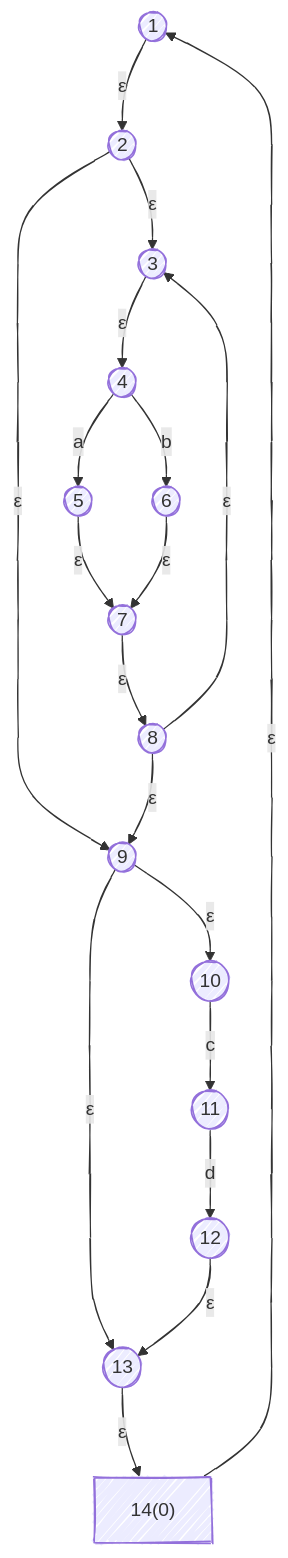
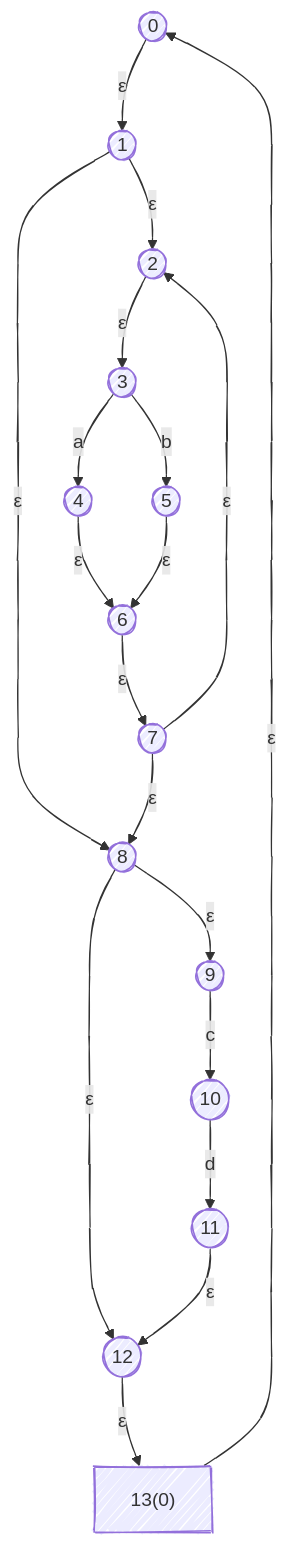
The diagram in src/lib/tests/__snapshot__/nfa_simple_regex.md (moonbitlang/moonlex-old), drawn with Mermaid before and after one commit. The commit also changed 21 other files, not shown here.

````diff
--- a/src/lib/tests/__snapshot__/nfa_simple_regex.md
+++ b/src/lib/tests/__snapshot__/nfa_simple_regex.md
@@ -1,39 +1,39 @@
 ```mermaid
 ---
   config:
     look: handDrawn
 ---
 graph TD
+0-->|"ε"|1
 1-->|"ε"|2
+1-->|"ε"|8
 2-->|"ε"|3
-2-->|"ε"|9
-3-->|"ε"|4
-4-->|"a"|5
-4-->|"b"|6
-5-->|"ε"|7
+3-->|"a"|4
+3-->|"b"|5
+4-->|"ε"|6
+5-->|"ε"|6
 6-->|"ε"|7
+7-->|"ε"|2
 7-->|"ε"|8
-8-->|"ε"|3
 8-->|"ε"|9
-9-->|"ε"|10
-9-->|"ε"|13
-10-->|"c"|11
-11-->|"d"|12
+8-->|"ε"|12
+9-->|"c"|10
+10-->|"d"|11
+11-->|"ε"|12
 12-->|"ε"|13
-13-->|"ε"|14
-14-->|"ε"|1
+13-->|"ε"|0
+0((0))
 1((1))
 2((2))
 3((3))
 4((4))
 5((5))
 6((6))
 7((7))
 8((8))
 9((9))
 10((10))
 11((11))
 12((12))
-13((13))
-14["14(0)"]
+13["13(0)"]
 ```
````
